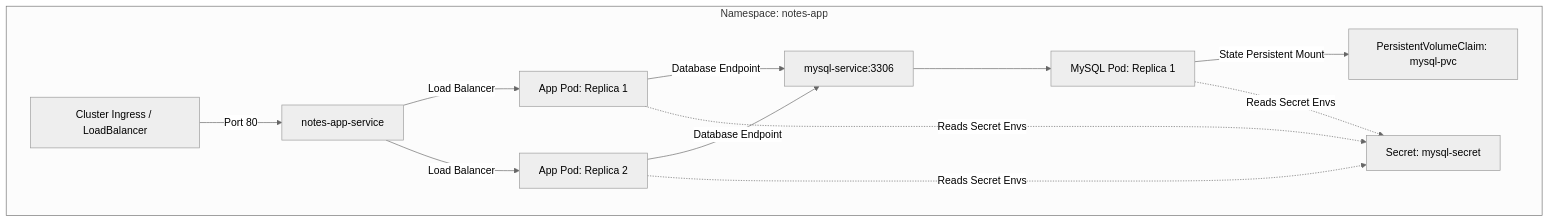
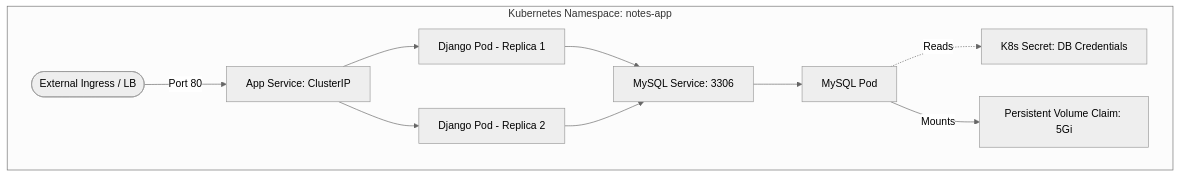
The second of 3 diagrams in README.md (sudarshanvashisht/django-notes-app-k8s), drawn with Mermaid (neutral theme) before and after one commit. The commit also changed other lines of this file, not shown here.

````diff
--- a/README.md
+++ b/README.md
@@ -26,14 +56,14 @@
 ```mermaid
 graph TD
-    subgraph Namespace: notes-app
-        Ingress[Cluster Ingress / LoadBalancer] -->|Port 80| AppSvc[notes-app-service]
-        AppSvc -->|Load Balancer| AppPod1[App Pod: Replica 1]
-        AppSvc -->|Load Balancer| AppPod2[App Pod: Replica 2]
+    subgraph K8s_Cluster [Kubernetes Namespace: notes-app]
+        Ingress([External Ingress / LB]) -->|Port 80| AppSvc[App Service: ClusterIP]
+        AppSvc --> AppPod1[Django Pod - Replica 1]
+        AppSvc --> AppPod2[Django Pod - Replica 2]
         
-        AppPod1 & AppPod2 -->|Database Endpoint| MySQLService[mysql-service:3306]
-        MySQLService --> MySQLPod[MySQL Pod: Replica 1]
+        AppPod1 & AppPod2 --> DbSvc[MySQL Service: 3306]
+        DbSvc --> DbPod[MySQL Pod]
         
-        MySQLPod -->|State Persistent Mount| PVC[PersistentVolumeClaim: mysql-pvc]
-        AppPod1 & AppPod2 & MySQLPod -.->|Reads Secret Envs| Secret[Secret: mysql-secret]
+        DbPod -.->|Reads| Secret[K8s Secret: DB Credentials]
+        DbPod -->|Mounts| PVC[Persistent Volume Claim: 5Gi]
     end
 ```
````
